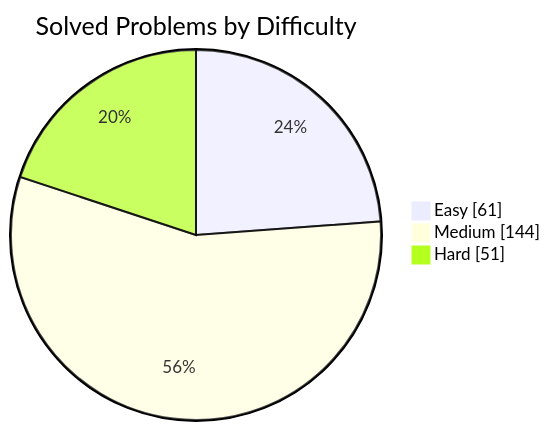
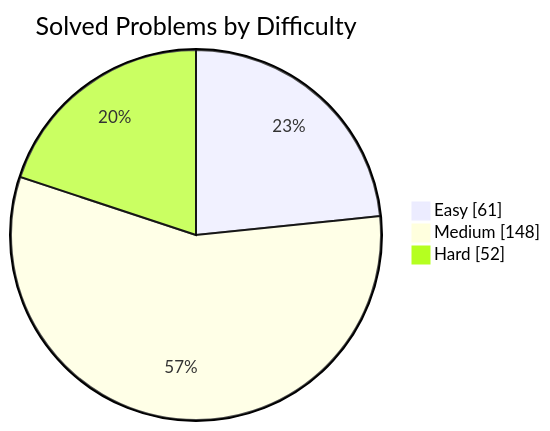
One commit to manikantbindass/DSA-Preparation-FAANG changed the first of 2 diagrams in README.md. Above: the diagram before and after it, drawn with Mermaid. The commit also changed other lines of this file and 1 other file, not shown here.

````diff
--- a/README.md
+++ b/README.md
@@ -42,7 +42,7 @@
 ```mermaid
 pie showData
     title Solved Problems by Difficulty
     "Easy" : 61
-    "Medium" : 144
-    "Hard" : 51
+    "Medium" : 148
+    "Hard" : 52
 ```
````
